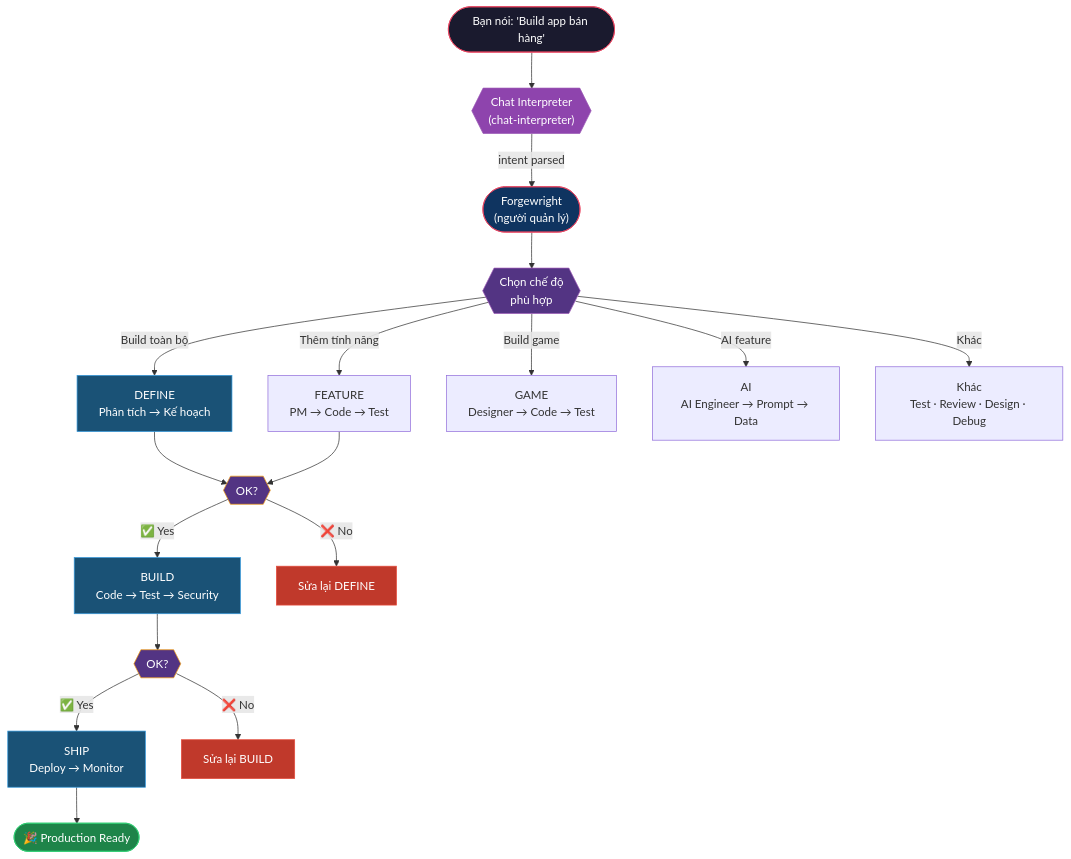
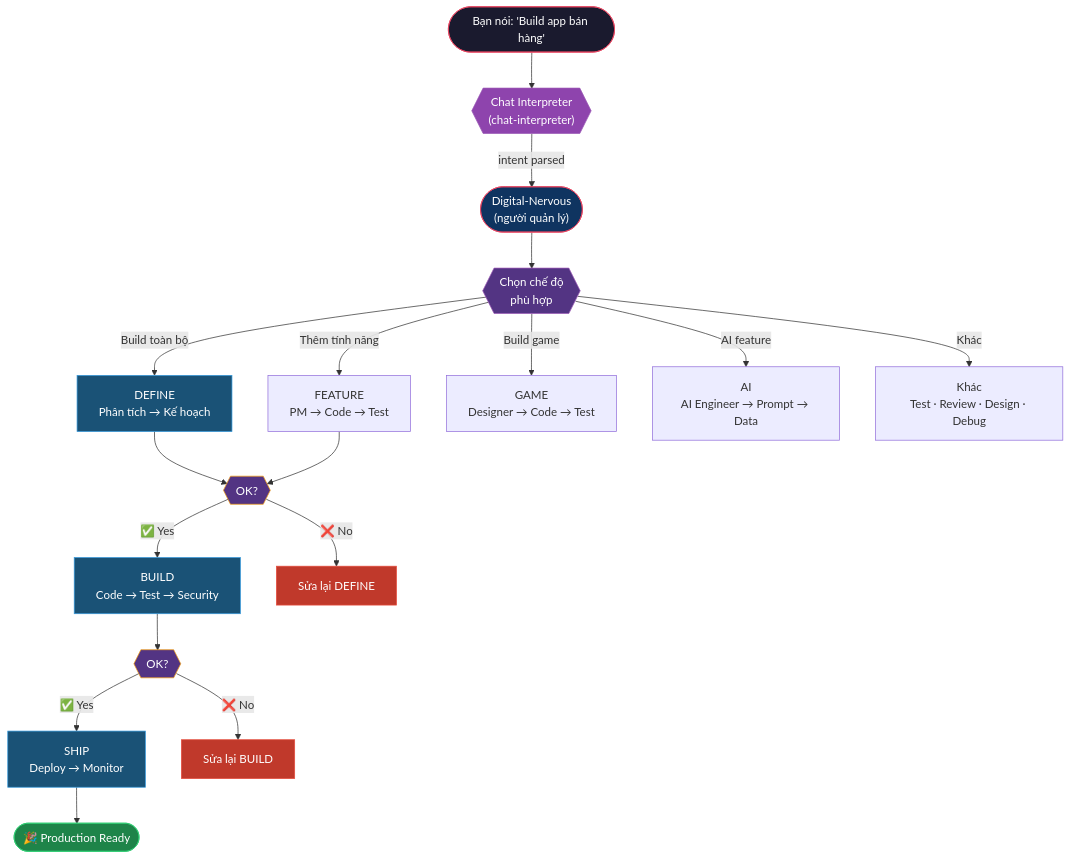
One commit to Exia-thd/Digital-Nervous changed the third of 15 diagrams in README.vi.md. Above: the diagram before and after it, drawn with Mermaid. The commit also changed other lines of this file and 691 other files, not shown here.

Commit message:
Upgrade to v8.1.0 (Digital-Nervous edition)

````diff
--- a/README.vi.md
+++ b/README.vi.md
@@ -160,39 +160,39 @@
 ```mermaid
 flowchart TD
     START(["Bạn nói: 'Build app bán hàng'"])
     CHAT_INT{{"Chat Interpreter<br/>(chat-interpreter)"}}
-    ORCH(["Forgewright<br/>(người quản lý)"])
+    ORCH(["Digital-Nervous<br/>(người quản lý)"])
 
     START --> CHAT_INT
     CHAT_INT --> |"intent parsed"| ORCH
 
     ORCH --> MODE{{"Chọn chế độ<br/>phù hợp"}}
 
     MODE --> |"Build toàn bộ"| DEFINE["DEFINE<br/>Phân tích → Kế hoạch"]
     MODE --> |"Thêm tính năng"| FEATURE["FEATURE<br/>PM → Code → Test"]
     MODE --> |"Build game"| GAME["GAME<br/>Designer → Code → Test"]
     MODE --> |"AI feature"| AI["AI<br/>AI Engineer → Prompt → Data"]
     MODE --> |"Khác"| OTHER["Khác<br/>Test · Review · Design · Debug"]
 
     DEFINE --> GATE1{{"OK?"}}
     FEATURE --> GATE1
     GATE1 --> |"✅ Yes"| BUILD["BUILD<br/>Code → Test → Security"]
     GATE1 --> |"❌ No"| REV1["Sửa lại DEFINE"]
     BUILD --> GATE2{{"OK?"}}
     GATE2 --> |"✅ Yes"| SHIP["SHIP<br/>Deploy → Monitor"]
     GATE2 --> |"❌ No"| REV2["Sửa lại BUILD"]
     SHIP --> END(["🎉 Production Ready"])
 
     style START fill:#1a1a2e,stroke:#e94560,color:#fff
     style CHAT_INT fill:#8e44ad,stroke:#9b59b6,color:#fff
     style ORCH fill:#0f3460,stroke:#e94560,color:#fff
     style MODE fill:#533483,stroke:#9b59b6,color:#fff
     style GATE1 fill:#533483,stroke:#f39c12,color:#fff
     style GATE2 fill:#533483,stroke:#f39c12,color:#fff
     style END fill:#1e8449,stroke:#2ecc71,color:#fff
     style REV1 fill:#c0392b,stroke:#e74c3c,color:#fff
     style REV2 fill:#c0392b,stroke:#e74c3c,color:#fff
     style DEFINE fill:#1a5276,stroke:#3498db,color:#fff
     style BUILD fill:#1a5276,stroke:#3498db,color:#fff
     style SHIP fill:#1a5276,stroke:#3498db,color:#fff
 ```
````
